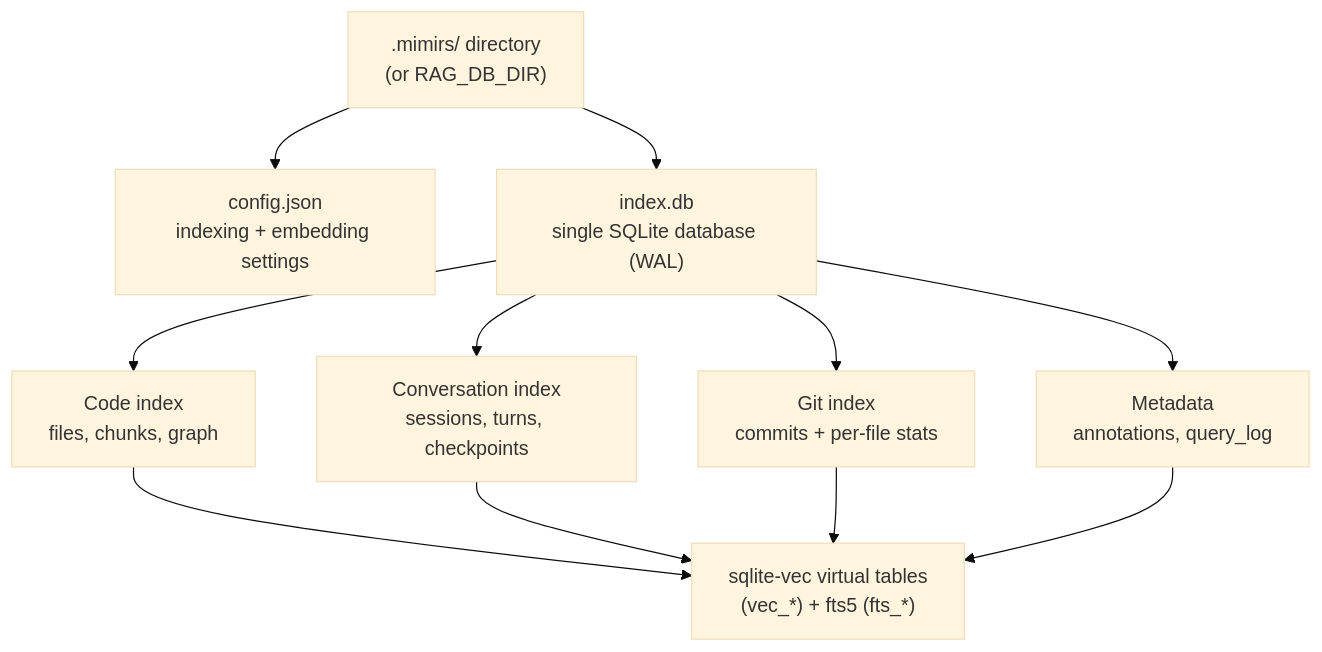
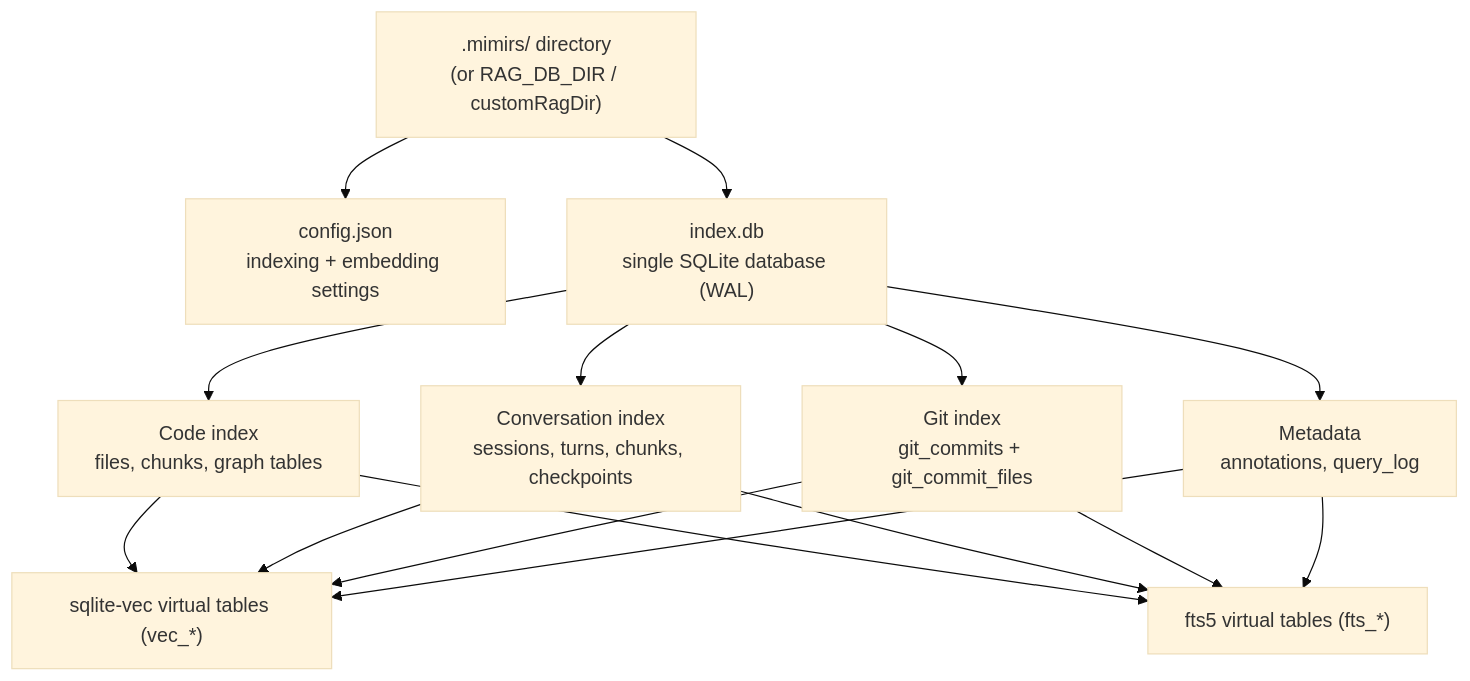
The diagram in wiki/data-model.md (TheWinci/mimirs), drawn with Mermaid (base theme) before and after one commit. The commit also changed other lines of this file and 55 other files, not shown here.

````diff
--- a/wiki/data-model.md
+++ b/wiki/data-model.md
@@ -13,16 +13,20 @@
 ```mermaid
-graph TD
-  ProjectDir[".mimirs/ directory<br>(or RAG_DB_DIR)"]
-  ProjectDir --> ConfigFile["config.json<br>indexing + embedding settings"]
-  ProjectDir --> DbFile["index.db<br>single SQLite database (WAL)"]
+flowchart TD
+  Dir[".mimirs/ directory<br>(or RAG_DB_DIR / customRagDir)"]
+  Dir --> Cfg["config.json<br>indexing + embedding settings"]
+  Dir --> Db["index.db<br>single SQLite database (WAL)"]
 
-  DbFile --> CodeGroup["Code index<br>files, chunks, graph"]
-  DbFile --> ConvGroup["Conversation index<br>sessions, turns, checkpoints"]
-  DbFile --> GitGroup["Git index<br>commits + per-file stats"]
-  DbFile --> MetaGroup["Metadata<br>annotations, query_log"]
+  Db --> CodeGrp["Code index<br>files, chunks, graph tables"]
+  Db --> ConvGrp["Conversation index<br>sessions, turns, chunks, checkpoints"]
+  Db --> GitGrp["Git index<br>git_commits + git_commit_files"]
+  Db --> MetaGrp["Metadata<br>annotations, query_log"]
 
-  CodeGroup --> VecExt["sqlite-vec virtual tables<br>(vec_*) + fts5 (fts_*)"]
-  ConvGroup --> VecExt
-  GitGroup --> VecExt
-  MetaGroup --> VecExt
+  CodeGrp --> Vec["sqlite-vec virtual tables (vec_*)"]
+  ConvGrp --> Vec
+  GitGrp --> Vec
+  MetaGrp --> Vec
+  CodeGrp --> Fts["fts5 virtual tables (fts_*)"]
+  ConvGrp --> Fts
+  GitGrp --> Fts
+  MetaGrp --> Fts
 ```
````
